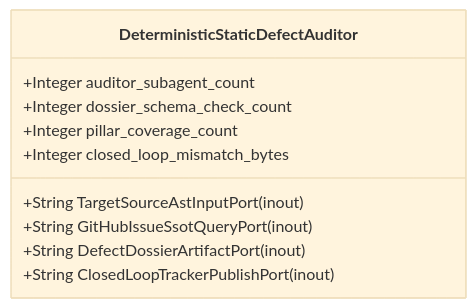
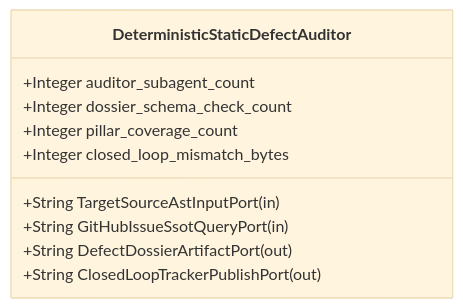
The diagram in .pipeline/upstream/docs/features/FEAT-28-DeterministicStaticDefectAuditor.md (gintatkinson/DEAP01-spec-core), drawn with Mermaid (base theme) before and after one commit. The commit also changed other lines of this file and 213 other files, not shown here.

Commit message:
fix(upstream): regenerate blueprint sidecars, upstream dogfood specs, and GitHub backlog (refs #691, #692, #693, #694, #695, #696, #697, #698, #699)

````diff
--- a/.pipeline/upstream/docs/features/FEAT-28-DeterministicStaticDefectAuditor.md
+++ b/.pipeline/upstream/docs/features/FEAT-28-DeterministicStaticDefectAuditor.md
@@ -16,13 +16,13 @@
 ```mermaid
 classDiagram
     class DeterministicStaticDefectAuditor {
-        +String TargetSourceAstInputPort (inout)
-        +String GitHubIssueSsotQueryPort (inout)
-        +String DefectDossierArtifactPort (inout)
-        +String ClosedLoopTrackerPublishPort (inout)
+        +String TargetSourceAstInputPort (in)
+        +String GitHubIssueSsotQueryPort (in)
+        +String DefectDossierArtifactPort (out)
+        +String ClosedLoopTrackerPublishPort (out)
         +Integer auditor_subagent_count
         +Integer dossier_schema_check_count
         +Integer pillar_coverage_count
         +Integer closed_loop_mismatch_bytes
     }
 ```
````
